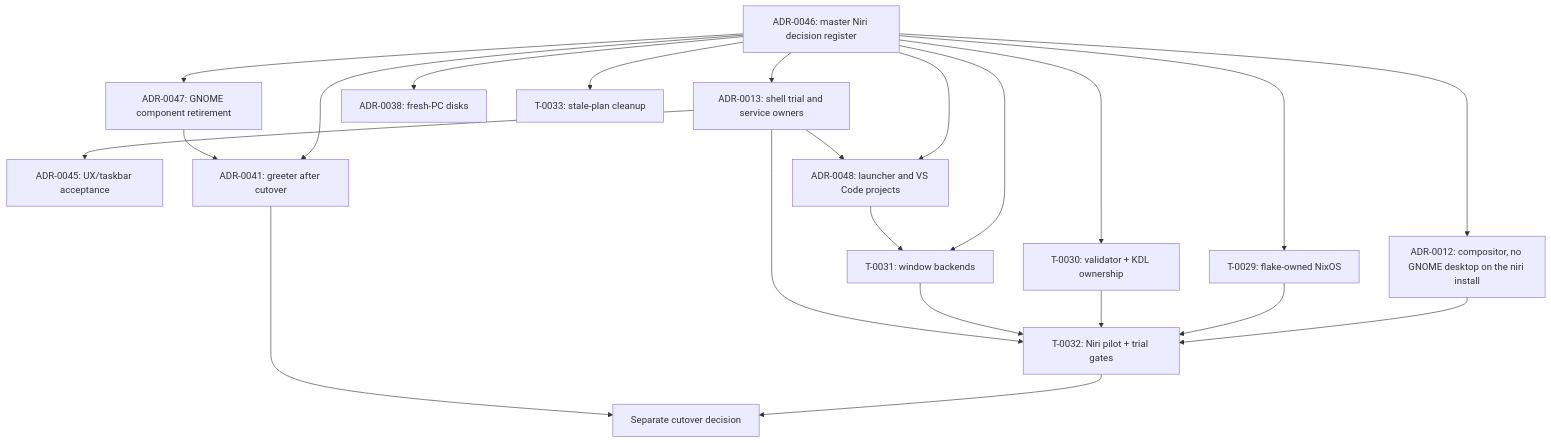
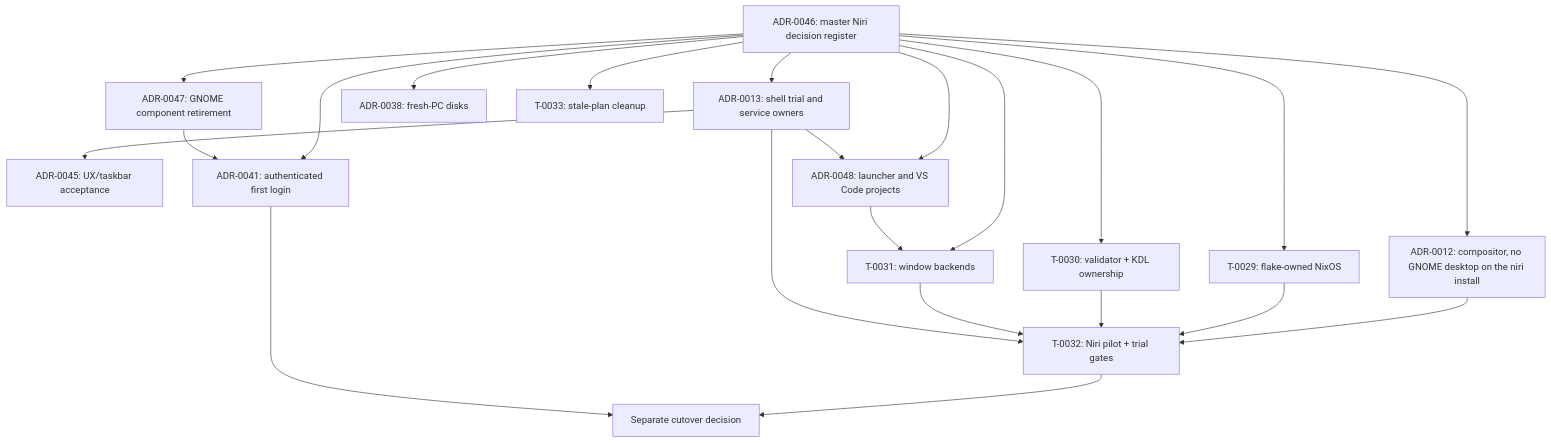
One commit to UtmostCreator/app-configs changed the diagram in docs/architecture/decisions/0046-niri-desktop-installation-decision-register.md. Above: the diagram before and after it, drawn with Mermaid. The commit also changed other lines of this file and 34 other files, not shown here.

````diff
--- a/docs/architecture/decisions/0046-niri-desktop-installation-decision-register.md
+++ b/docs/architecture/decisions/0046-niri-desktop-installation-decision-register.md
@@ -262,37 +247,37 @@
 ```mermaid
 flowchart TD
   M["ADR-0046: master Niri decision register"]
   A12["ADR-0012: compositor, no GNOME desktop on the niri install"]
   A13["ADR-0013: shell trial and service owners"]
   A45["ADR-0045: UX/taskbar acceptance"]
   A47["ADR-0047: GNOME component retirement"]
   A48["ADR-0048: launcher and VS Code projects"]
-  A41["ADR-0041: greeter after cutover"]
+  A41["ADR-0041: authenticated first login"]
   A38["ADR-0038: fresh-PC disks"]
   T29["T-0029: flake-owned NixOS"]
   T30["T-0030: validator + KDL ownership"]
   T31["T-0031: window backends"]
   T32["T-0032: Niri pilot + trial gates"]
   T33["T-0033: stale-plan cleanup"]
   M --> A12
   M --> A13
   M --> A47
   M --> A48
   M --> A41
   M --> A38
   M --> T29
   M --> T30
   M --> T31
   M --> T33
   A13 --> A45
   A13 --> A48
   A47 --> A41
   A48 --> T31
   A12 --> T32
   T29 --> T32
   T30 --> T32
   T31 --> T32
   A13 --> T32
   T32 --> CUT["Separate cutover decision"]
   A41 --> CUT
 ```
````
